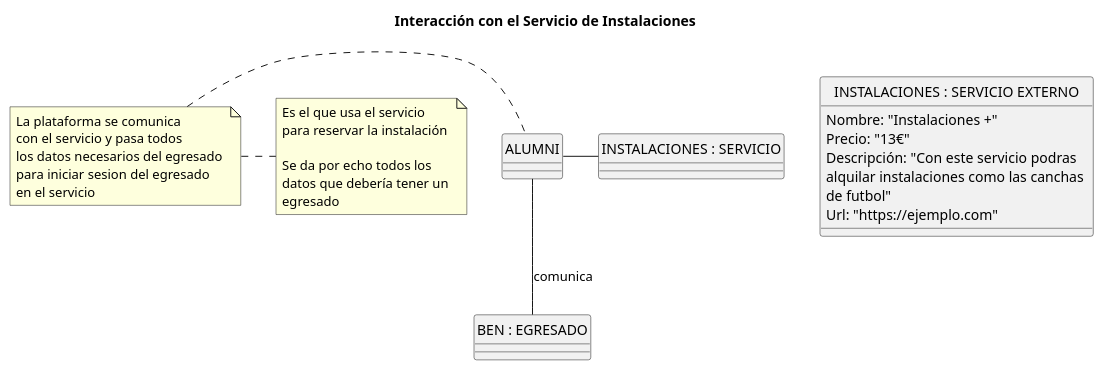
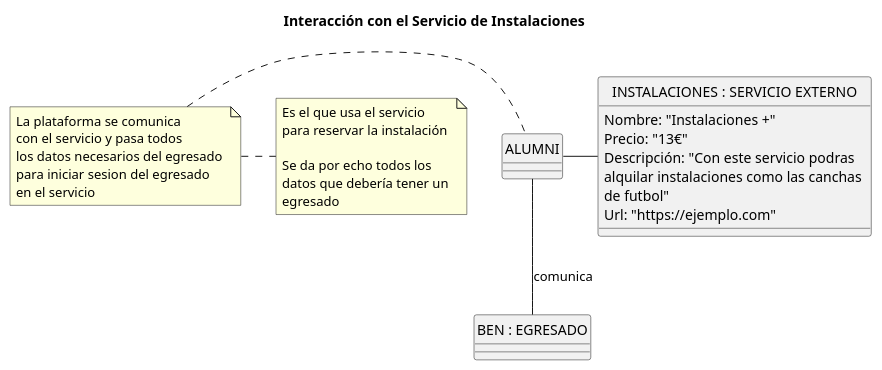
The diagram in Modelo_de_Dominio/Diagramas_de_Objetos/Reserva_Instalaciones/Diagrama_de_Objetos-Servicio_Externo.puml (mmasias/23-24-IdSw1-SDR), drawn with PlantUML before and after one commit. The commit also changed 1 other file, not shown here.

```diff
--- a/Modelo_de_Dominio/Diagramas_de_Objetos/Reserva_Instalaciones/Diagrama_de_Objetos-Servicio_Externo.puml
+++ b/Modelo_de_Dominio/Diagramas_de_Objetos/Reserva_Instalaciones/Diagrama_de_Objetos-Servicio_Externo.puml
@@ -1,26 +1,26 @@
 @startuml Diagrama_de_Objetos-Servicio_Externo
 title Interacción con el Servicio de Instalaciones
 
 skinparam backgroundColor white
 skinparam defaultFontName Arial
 hide circle
 
 class "INSTALACIONES : SERVICIO EXTERNO"  
 {
     Nombre: "Instalaciones +"
     Precio: "13€"
     Descripción: "Con este servicio podras\nalquilar instalaciones como las canchas \nde futbol"
     Url: "https://ejemplo.com"
 }
 
 
 class "BEN : EGRESADO"
 {
     
 }
 
-"INSTALACIONES : SERVICIO" -left- "ALUMNI"
+"INSTALACIONES : SERVICIO EXTERNO" -left- "ALUMNI"
 note left: La plataforma se comunica \ncon el servicio y pasa todos \nlos datos necesarios del egresado \npara iniciar sesion del egresado \nen el servicio
 "ALUMNI" -- "BEN : EGRESADO" : comunica
 note right: Es el que usa el servicio\npara reservar la instalación \n\nSe da por echo todos los \ndatos que debería tener un \negresado  
 @enduml
```
